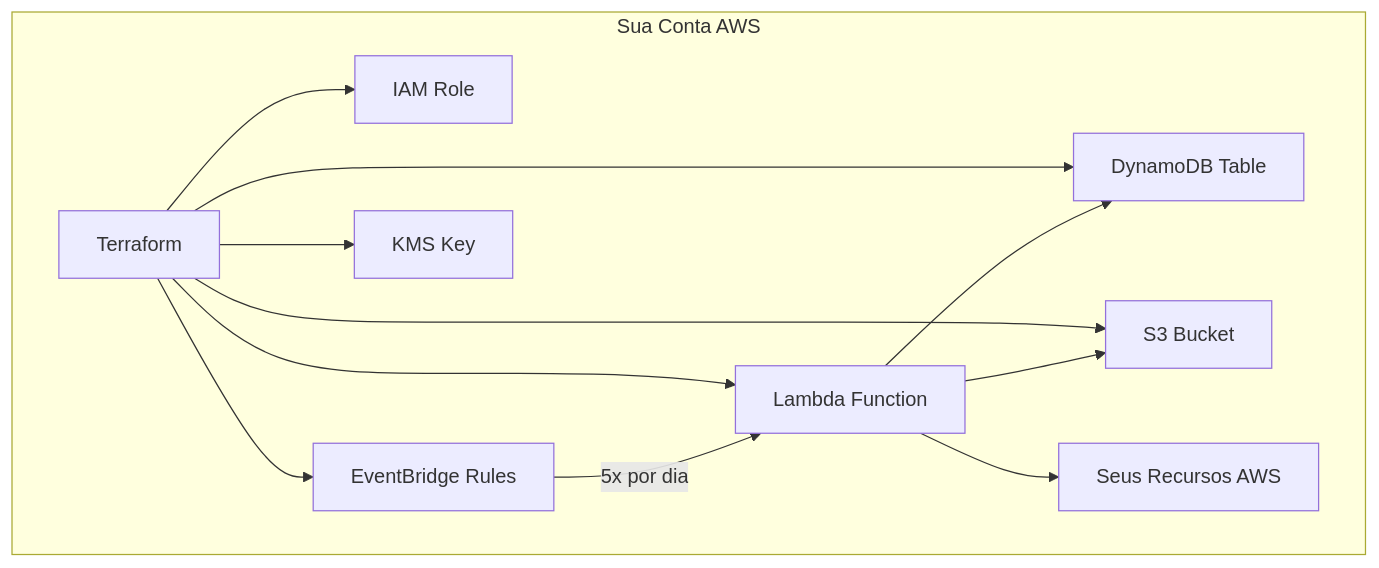
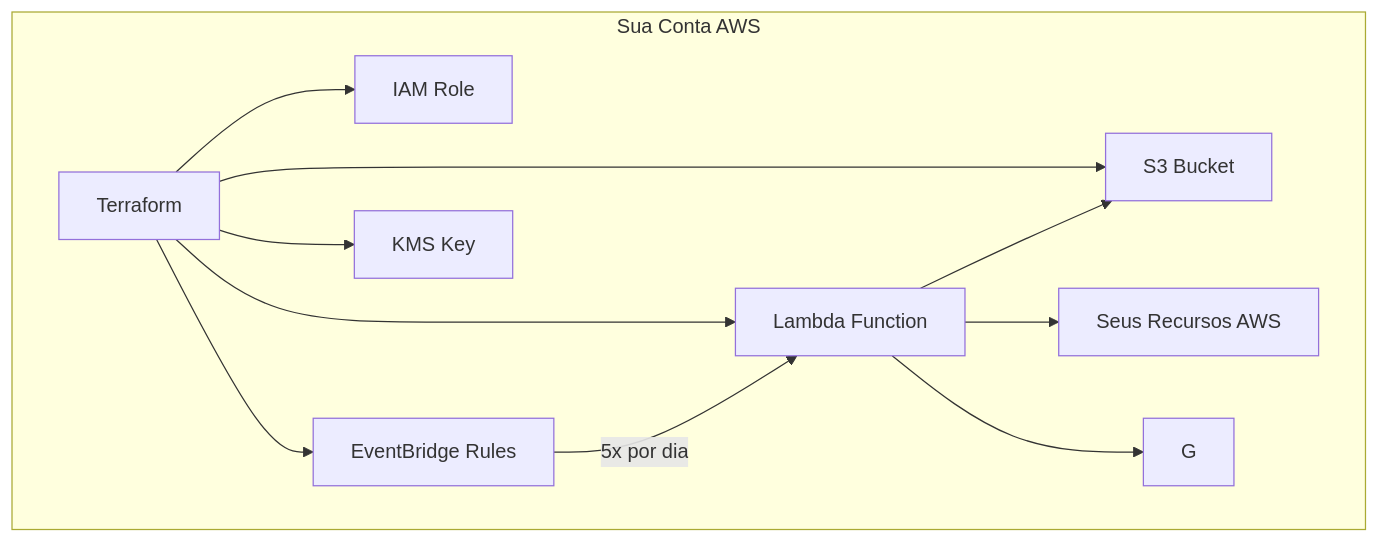
Before and after one commit to FELIPEACASTRO/finops-aws-bdr: the fourth of 5 diagrams in docs/USER_MANUAL.md, drawn with Mermaid. The commit also changed other lines of this file and 4 other files, not shown here.

````diff
--- a/docs/USER_MANUAL.md
+++ b/docs/USER_MANUAL.md
@@ -282,16 +282,15 @@
 ```mermaid
 graph TB
     subgraph "Sua Conta AWS"
         A[Terraform] --> B[Lambda Function]
         A --> C[IAM Role]
-        A --> D[DynamoDB Table]
+        A --> D[S3 Bucket]
         A --> E[EventBridge Rules]
-        A --> G[S3 Bucket]
         A --> H[KMS Key]
         
         E -->|5x por dia| B
         B --> F[Seus Recursos AWS]
         B --> D
         B --> G
     end
 ```
````
